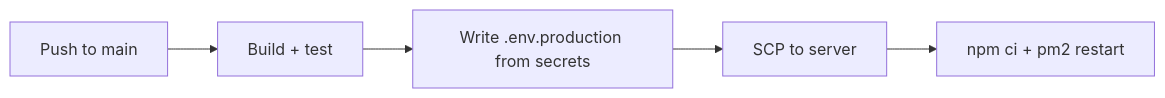
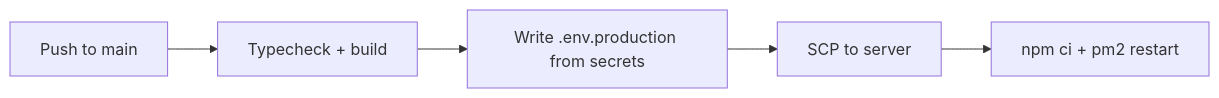
The diagram in docs/DEPLOY.md (APK-Arjun-Developer/NotificationService), drawn with Mermaid before and after one commit. The commit also changed other lines of this file and 10 other files, not shown here.

````diff
--- a/docs/DEPLOY.md
+++ b/docs/DEPLOY.md
@@ -59,7 +59,7 @@
 ```mermaid
 flowchart LR
-  A[Push to main] --> B[Build + test]
+  A[Push to main] --> B[Typecheck + build]
   B --> C[Write .env.production from secrets]
   C --> D[SCP to server]
   D --> E[npm ci + pm2 restart]
 ```
````
